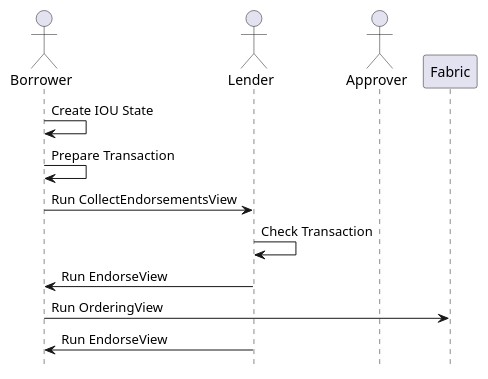
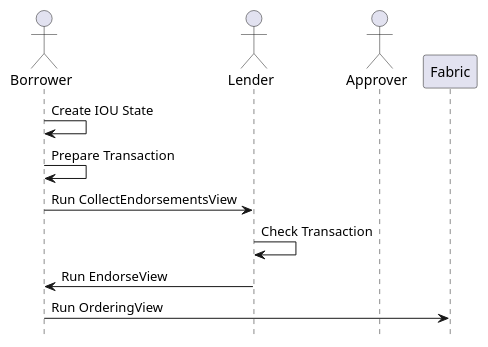
One commit to hyperledger-labs/fabric-smart-client changed the diagram in integration/fabric/iou/diagrams/iou.puml. Above: the diagram before and after it, drawn with PlantUML. The commit also changed 5 other files, not shown here.

```diff
--- a/integration/fabric/iou/diagrams/iou.puml
+++ b/integration/fabric/iou/diagrams/iou.puml
@@ -1,20 +1,19 @@
 @startuml
 '- force wrapping of longer text
 'skinparam wrapWidth 400
 !pragma teoz true
 hide footbox
 
 actor "Borrower" as Borrower
 actor "Lender" as Lender
 actor "Approver" as Approver
 participant "Fabric" as Fabric
 
 Borrower -> Borrower: Create IOU State
 Borrower -> Borrower: Prepare Transaction
 Borrower -> Lender: Run CollectEndorsementsView
 Lender -> Lender: Check Transaction
 Lender -> Borrower: Run EndorseView
 Borrower -> Fabric: Run OrderingView
-Lender -> Borrower: Run EndorseView
 
 @enduml
```
